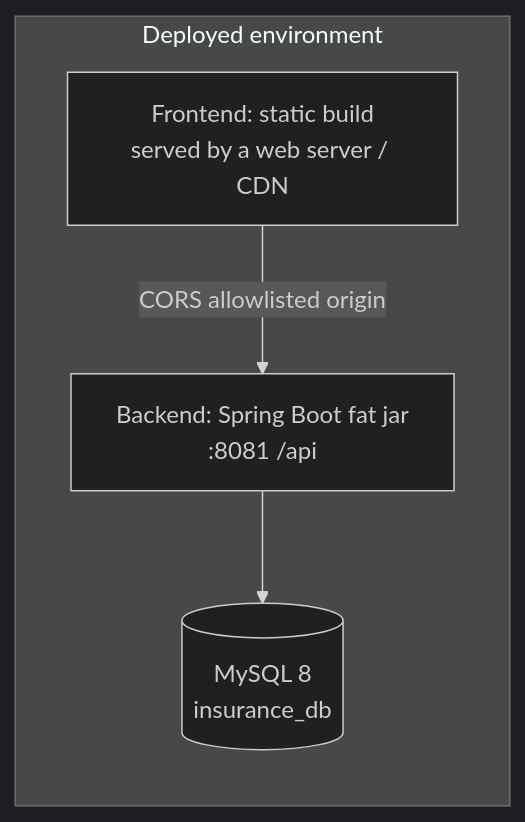
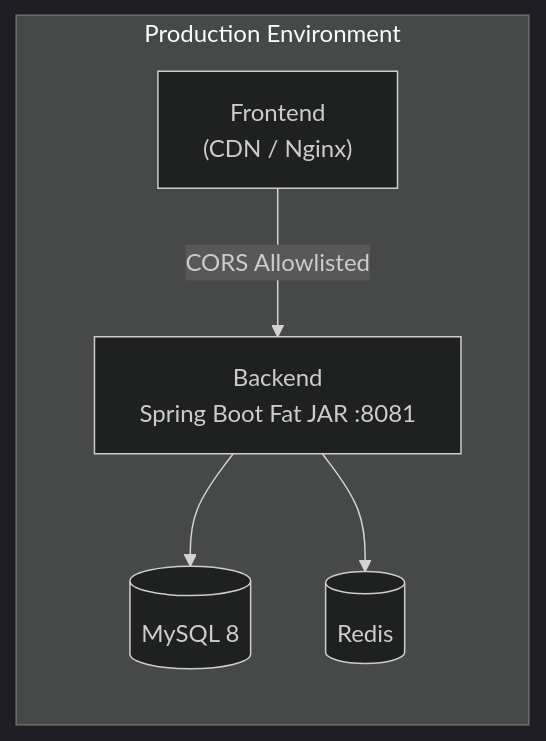
One commit to Gurry-12/insurance-policy-claim-capstone-project changed the seventh of 7 diagrams in docs/01_System_Architecture/High_Level_Architecture.md. Above: the diagram before and after it, drawn with Mermaid (dark theme). The commit also changed other lines of this file and 86 other files, not shown here.

````diff
--- a/docs/01_System_Architecture/High_Level_Architecture.md
+++ b/docs/01_System_Architecture/High_Level_Architecture.md
@@ -78,11 +150,13 @@
 ```mermaid
 flowchart LR
-    subgraph PROD["Deployed environment"]
-        STATIC["Frontend: static build<br/>served by a web server / CDN"]
-        API2["Backend: Spring Boot fat jar<br/>:8081 /api"]
-        DB2[("MySQL 8<br/>insurance_db")]
+    subgraph PROD["Production Environment"]
+        STATIC["Frontend<br/>(CDN / Nginx)"]
+        API2["Backend<br/>Spring Boot Fat JAR :8081"]
+        DB2[("MySQL 8")]
+        R2[("Redis")]
     end
 
-    STATIC -->|"CORS allowlisted origin"| API2
+    STATIC -->|"CORS Allowlisted"| API2
     API2 --> DB2
+    API2 --> R2
 ```
````
